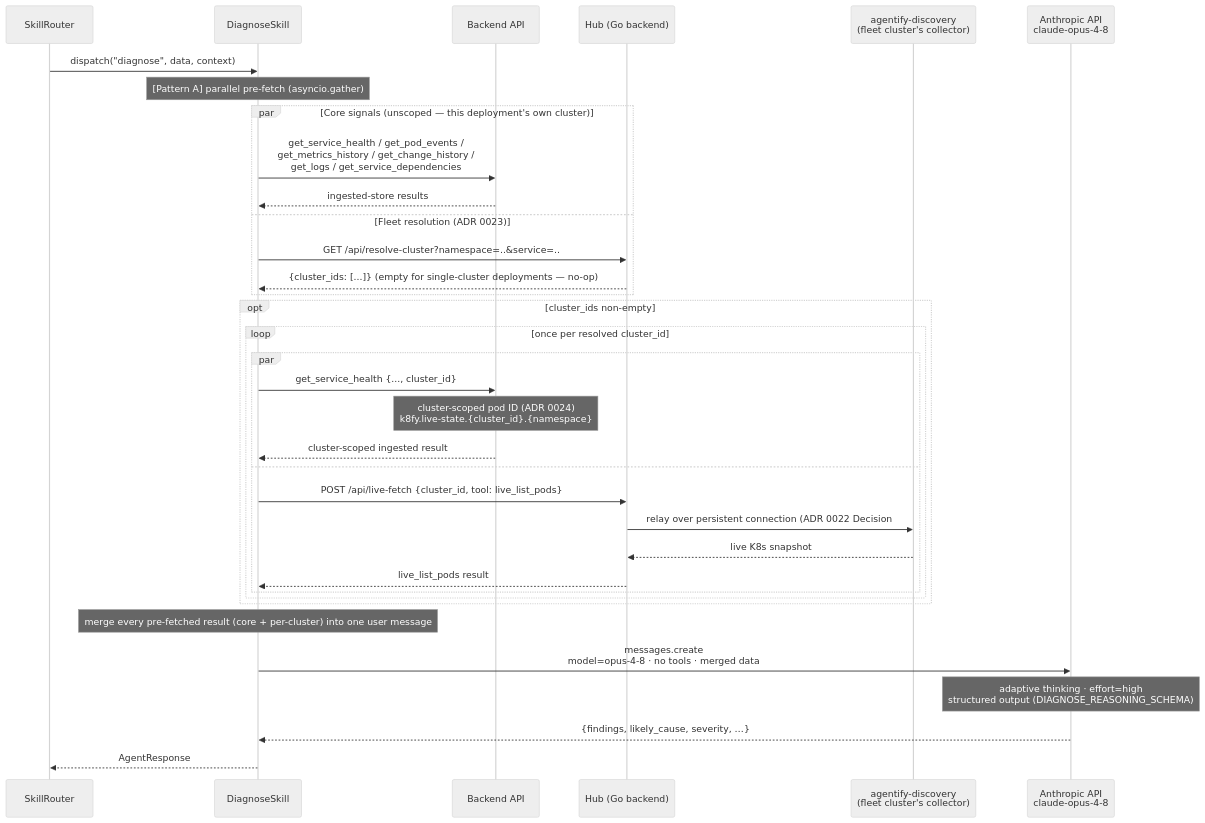
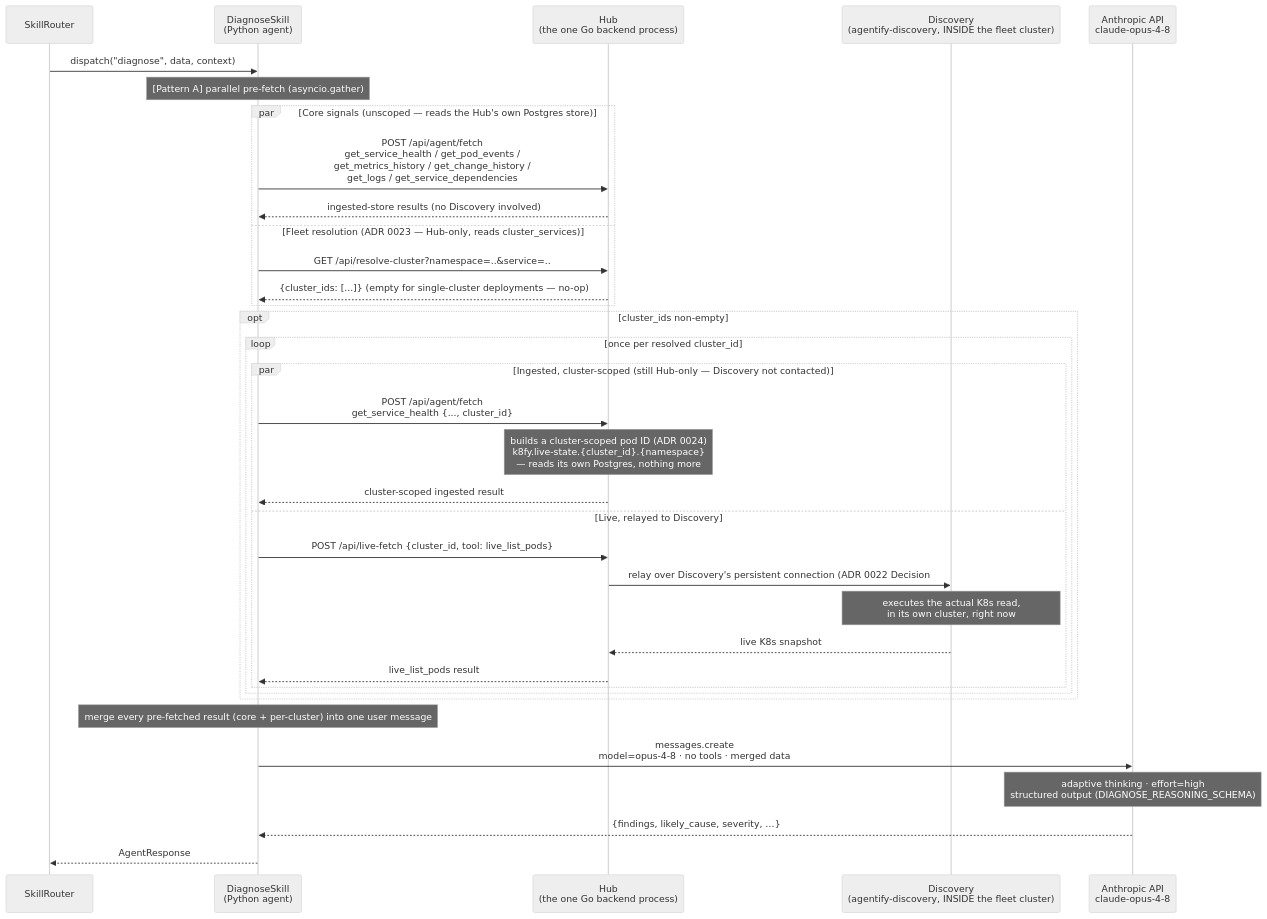
The fourth of 6 diagrams in docs/SEQUENCE_FLOWS.md (kschandramouli/agentify2), drawn with Mermaid (neutral theme) before and after one commit. The commit also changed other lines of this file and 10 other files, not shown here.

First line of the commit message:
docs: rephrase fleet docs to consistently attribute Discovery-side vs Hub-side operations

````diff
--- a/docs/SEQUENCE_FLOWS.md
+++ b/docs/SEQUENCE_FLOWS.md
@@ -148,44 +154,44 @@
 ```mermaid
 sequenceDiagram
     participant Router as SkillRouter
-    participant Skill  as DiagnoseSkill
-    participant BE     as Backend API
-    participant Hub    as Hub (Go backend)
-    participant Coll   as agentify-discovery<br/>(fleet cluster's collector)
+    participant Skill  as DiagnoseSkill<br/>(Python agent)
+    participant Hub    as Hub<br/>(the one Go backend process)
+    participant Disc   as Discovery<br/>(agentify-discovery, INSIDE the fleet cluster)
     participant Anthropic as Anthropic API<br/>claude-opus-4-8
 
     Router->>Skill: dispatch("diagnose", data, context)
 
     Note over Skill: [Pattern A] parallel pre-fetch (asyncio.gather)
 
-    par Core signals (unscoped — this deployment's own cluster)
-        Skill->>BE: get_service_health / get_pod_events /<br/>get_metrics_history / get_change_history /<br/>get_logs / get_service_dependencies
-        BE-->>Skill: ingested-store results
-    and Fleet resolution (ADR 0023)
+    par Core signals (unscoped — reads the Hub's own Postgres store)
+        Skill->>Hub: POST /api/agent/fetch<br/>get_service_health / get_pod_events /<br/>get_metrics_history / get_change_history /<br/>get_logs / get_service_dependencies
+        Hub-->>Skill: ingested-store results (no Discovery involved)
+    and Fleet resolution (ADR 0023 — Hub-only, reads cluster_services)
         Skill->>Hub: GET /api/resolve-cluster?namespace=..&service=..
         Hub-->>Skill: {cluster_ids: [...]}  (empty for single-cluster deployments — no-op)
     end
 
     opt cluster_ids non-empty
         loop once per resolved cluster_id
-            par
-                Skill->>BE: get_service_health {..., cluster_id}
-                Note over BE: cluster-scoped pod ID (ADR 0024)<br/>k8fy.live-state.{cluster_id}.{namespace}
-                BE-->>Skill: cluster-scoped ingested result
-            and
+            par Ingested, cluster-scoped (still Hub-only — Discovery not contacted)
+                Skill->>Hub: POST /api/agent/fetch<br/>get_service_health {..., cluster_id}
+                Note over Hub: builds a cluster-scoped pod ID (ADR 0024)<br/>k8fy.live-state.{cluster_id}.{namespace}<br/>— reads its own Postgres, nothing more
+                Hub-->>Skill: cluster-scoped ingested result
+            and Live, relayed to Discovery
                 Skill->>Hub: POST /api/live-fetch {cluster_id, tool: live_list_pods}
-                Hub->>Coll: relay over persistent connection (ADR 0022 Decision #7)
-                Coll-->>Hub: live K8s snapshot
+                Hub->>Disc: relay over Discovery's persistent connection (ADR 0022 Decision #7)
+                Note over Disc: executes the actual K8s read,<br/>in its own cluster, right now
+                Disc-->>Hub: live K8s snapshot
                 Hub-->>Skill: live_list_pods result
             end
         end
     end
 
     Note over Skill: merge every pre-fetched result (core + per-cluster) into one user message
 
     Skill->>Anthropic: messages.create<br/>model=opus-4-8 · no tools · merged data
     Note over Anthropic: adaptive thinking · effort=high<br/>structured output (DIAGNOSE_REASONING_SCHEMA)
     Anthropic-->>Skill: {findings, likely_cause, severity, …}
 
     Skill-->>Router: AgentResponse
 ```
````
